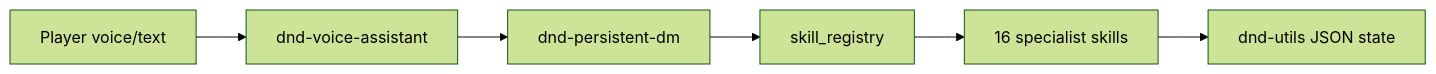
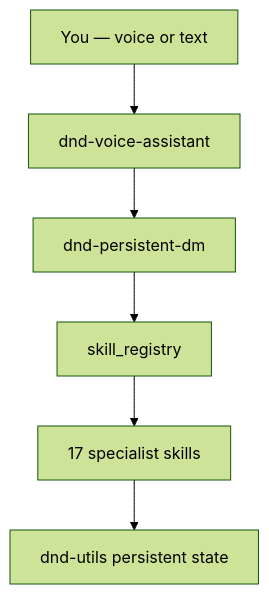
One commit to Omen2183/Grok changed the diagram in PLAYERS.md. Above: the diagram before and after it, drawn with Mermaid (forest theme). The commit also changed other lines of this file and 17 other files, not shown here.

````diff
--- a/PLAYERS.md
+++ b/PLAYERS.md
@@ -56,8 +57,8 @@
 ```mermaid
-flowchart LR
-    You[Player voice/text] --> Voice[dnd-voice-assistant]
+flowchart TB
+    You[You — voice or text] --> Voice[dnd-voice-assistant]
     Voice --> DM[dnd-persistent-dm]
     DM --> Registry[skill_registry]
-    Registry --> Skills[16 specialist skills]
-    Skills --> State[dnd-utils JSON state]
+    Registry --> Specialists[17 specialist skills]
+    Specialists --> State[dnd-utils persistent state]
 ```
````
